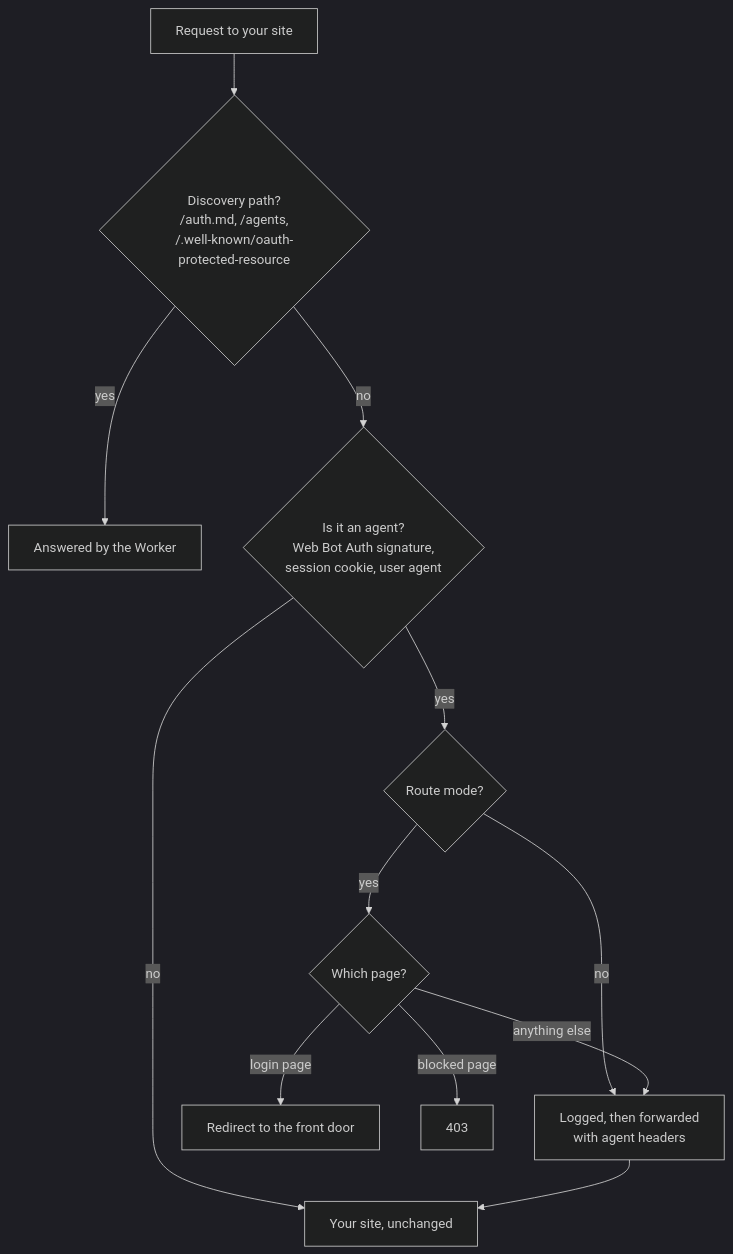
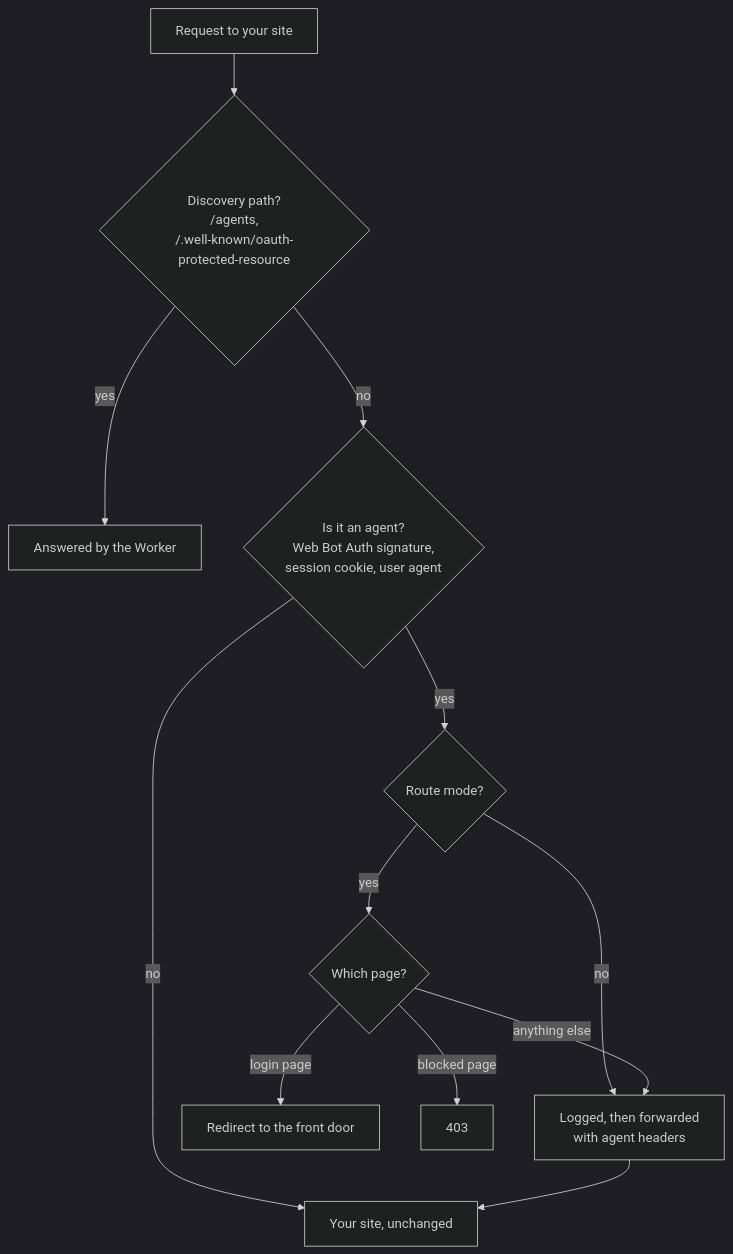
The diagram in cloudflare/README.md (descope/agent-edge), drawn with Mermaid (dark theme) before and after one commit. The commit also changed other lines of this file and 7 other files, not shown here.

````diff
--- a/cloudflare/README.md
+++ b/cloudflare/README.md
@@ -9,14 +9,14 @@
 ```mermaid
 flowchart TD
-  req[Request to your site] --> disc{"Discovery path?<br/>/auth.md, /agents,<br/>/.well-known/oauth-protected-resource"}
+  req[Request to your site] --> disc{"Discovery path?<br/>/agents,<br/>/.well-known/oauth-protected-resource"}
   disc -- yes --> served[Answered by the Worker]
   disc -- no --> agent{"Is it an agent?<br/>Web Bot Auth signature,<br/>session cookie, user agent"}
   agent -- no --> site[Your site, unchanged]
   agent -- yes --> mode{Route mode?}
   mode -- no --> logged[Logged, then forwarded<br/>with agent headers]
   mode -- yes --> path{Which page?}
   path -- login page --> door[Redirect to the front door]
   path -- blocked page --> blocked[403]
   path -- anything else --> logged
   logged --> site
 ```
````
